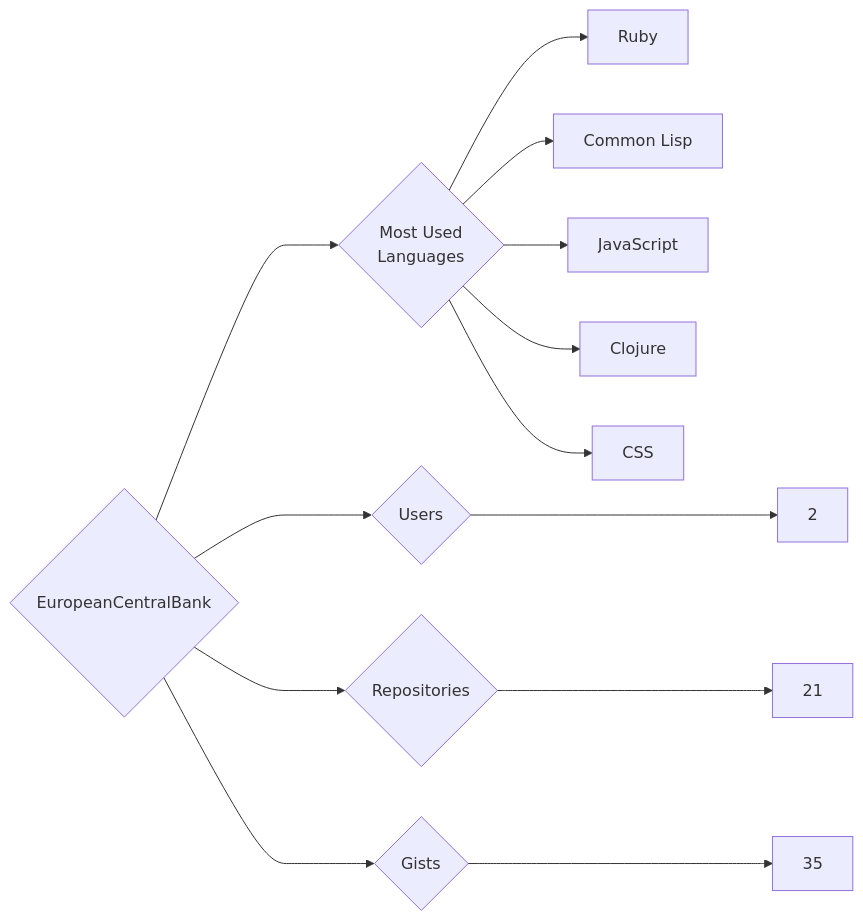
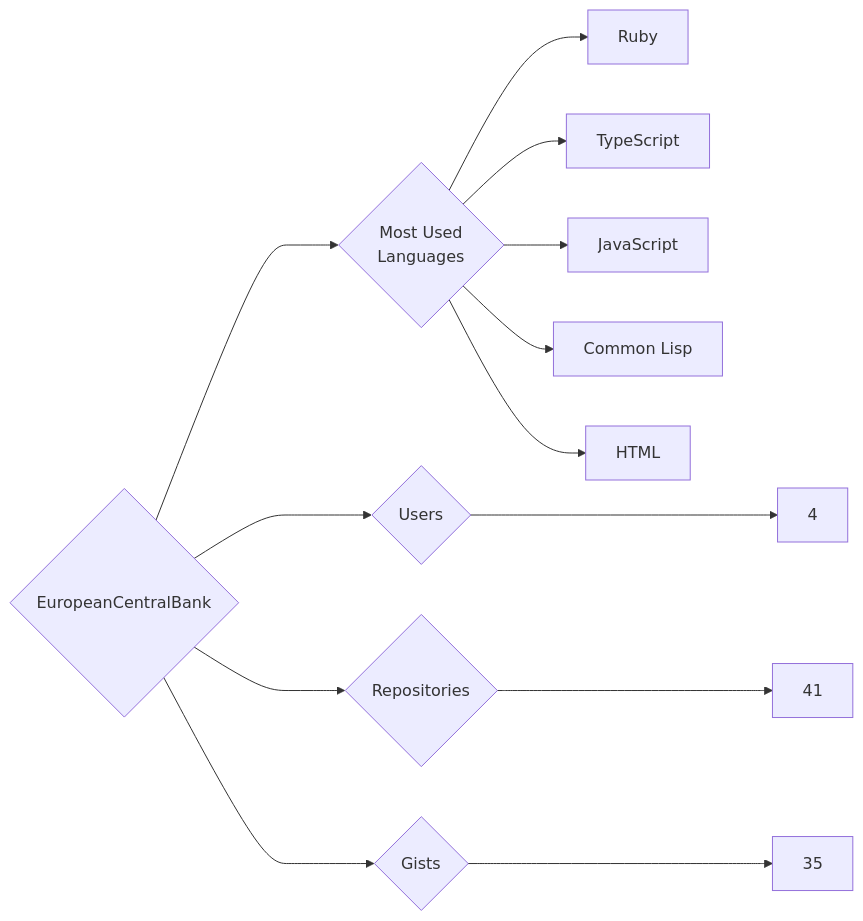
The diagram in targets/EuropeanCentralBank/README.md (trickest/insiders), drawn with Mermaid before and after one commit. The commit also changed 1148 other files, not shown here.

````diff
--- a/targets/EuropeanCentralBank/README.md
+++ b/targets/EuropeanCentralBank/README.md
@@ -3,13 +3,13 @@
 ```mermaid
 graph LR
 COMPANY_NAME{EuropeanCentralBank}
-COMPANY_NAME ---> U{Users} ---> UN[2]
-COMPANY_NAME ---> R{Repositories} ---> RN[21]
+COMPANY_NAME ---> U{Users} ---> UN[4]
+COMPANY_NAME ---> R{Repositories} ---> RN[41]
 COMPANY_NAME ---> G{Gists} ---> GN[35]
 COMPANY_NAME ---> ML{Most Used<br>Languages}
 ML --> Ruby[Ruby]
+ML --> TypeScript[TypeScript]
+ML --> JavaScript[JavaScript]
 ML --> Common_Lisp[Common Lisp]
-ML --> JavaScript[JavaScript]
-ML --> Clojure[Clojure]
-ML --> CSS[CSS]
+ML --> HTML[HTML]
 ```
````
